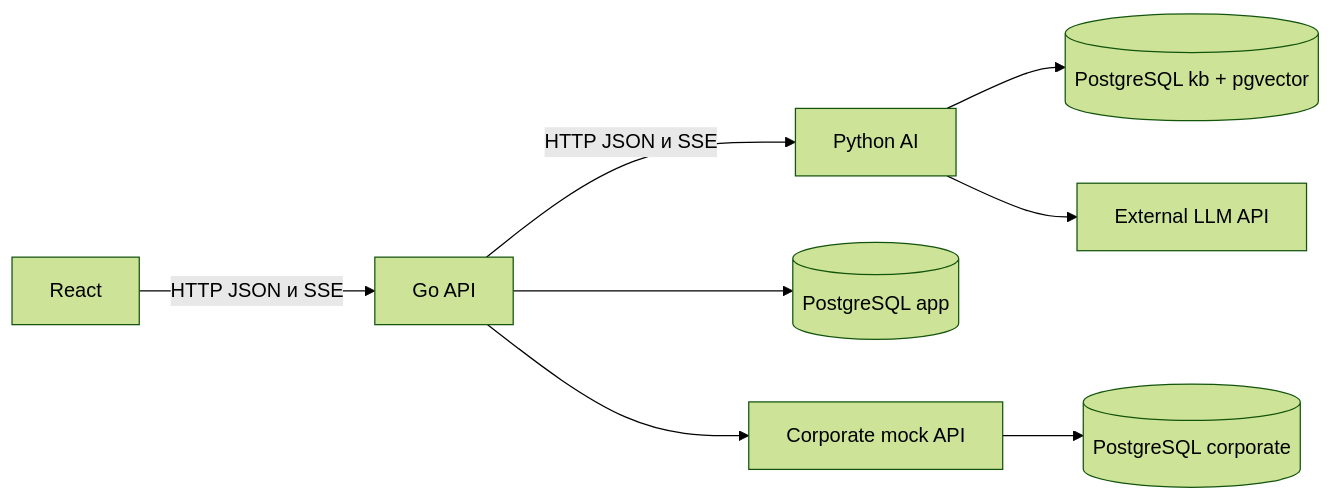
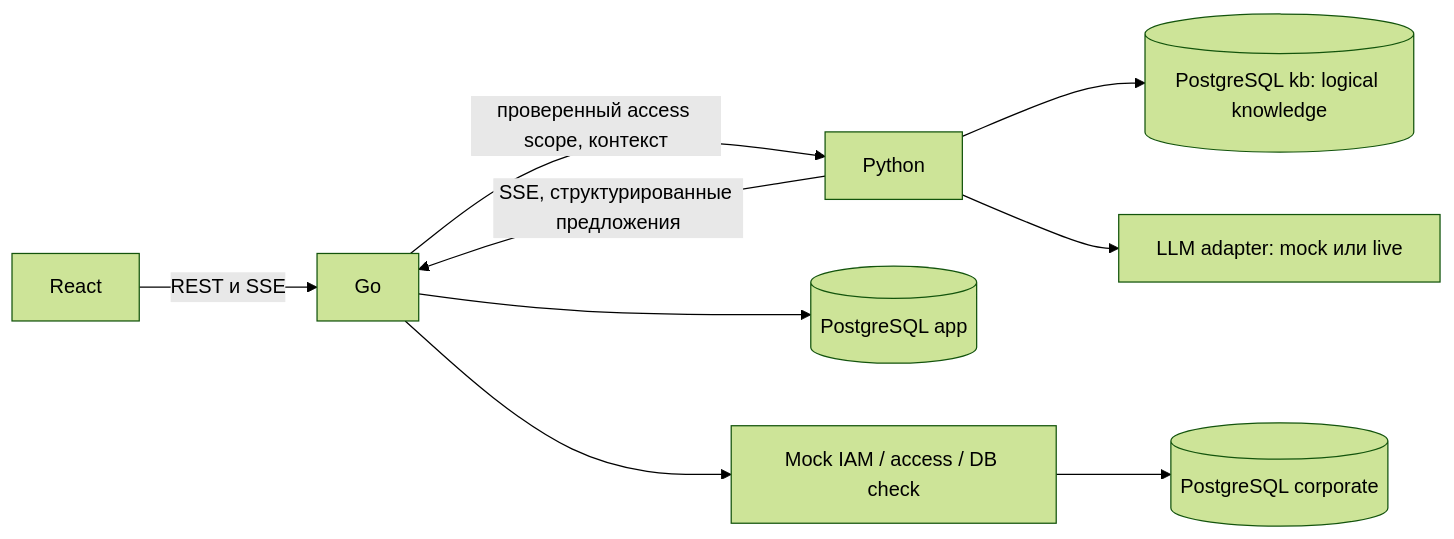
One commit to egrsid/ai-buddy-avito changed the diagram in ARCHITECTURE.md. Above: the diagram before and after it, drawn with Mermaid (forest theme). The commit also changed other lines of this file and 54 other files, not shown here.

````diff
--- a/ARCHITECTURE.md
+++ b/ARCHITECTURE.md
@@ -25,10 +24,11 @@
 ```mermaid
 flowchart LR
-  FE[React] -->|HTTP JSON и SSE| GO[Go API]
-  GO -->|HTTP JSON и SSE| AI[Python AI]
-  GO --> APP[(PostgreSQL app)]
-  AI --> KB[(PostgreSQL kb + pgvector)]
-  AI --> LLM[External LLM API]
-  GO --> MOCK[Corporate mock API]
-  MOCK --> CORP[(PostgreSQL corporate)]
+  React -->|REST и SSE| Go
+  Go -->|проверенный access scope, контекст| Python
+  Python -->|SSE, структурированные предложения| Go
+  Go --> App[(PostgreSQL app)]
+  Python --> Knowledge[(PostgreSQL kb: logical knowledge)]
+  Python --> LLM[LLM adapter: mock или live]
+  Go --> Mock[Mock IAM / access / DB check]
+  Mock --> Corporate[(PostgreSQL corporate)]
 ```
````
